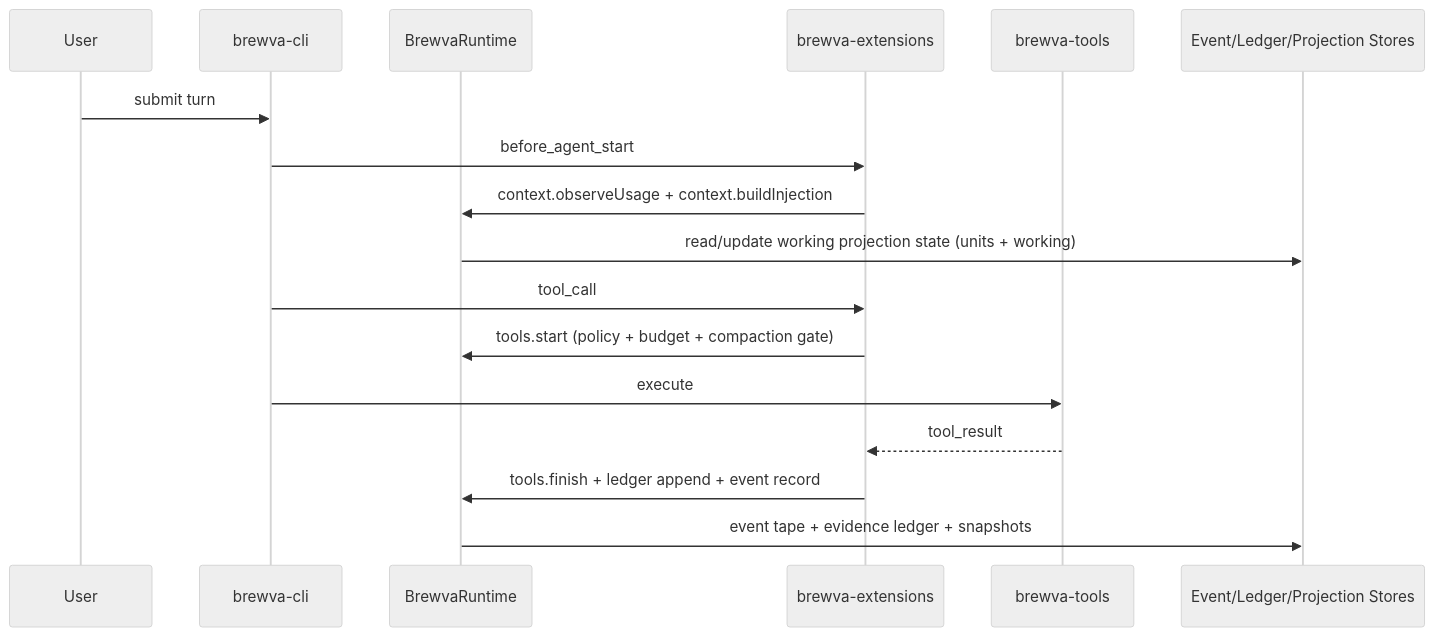
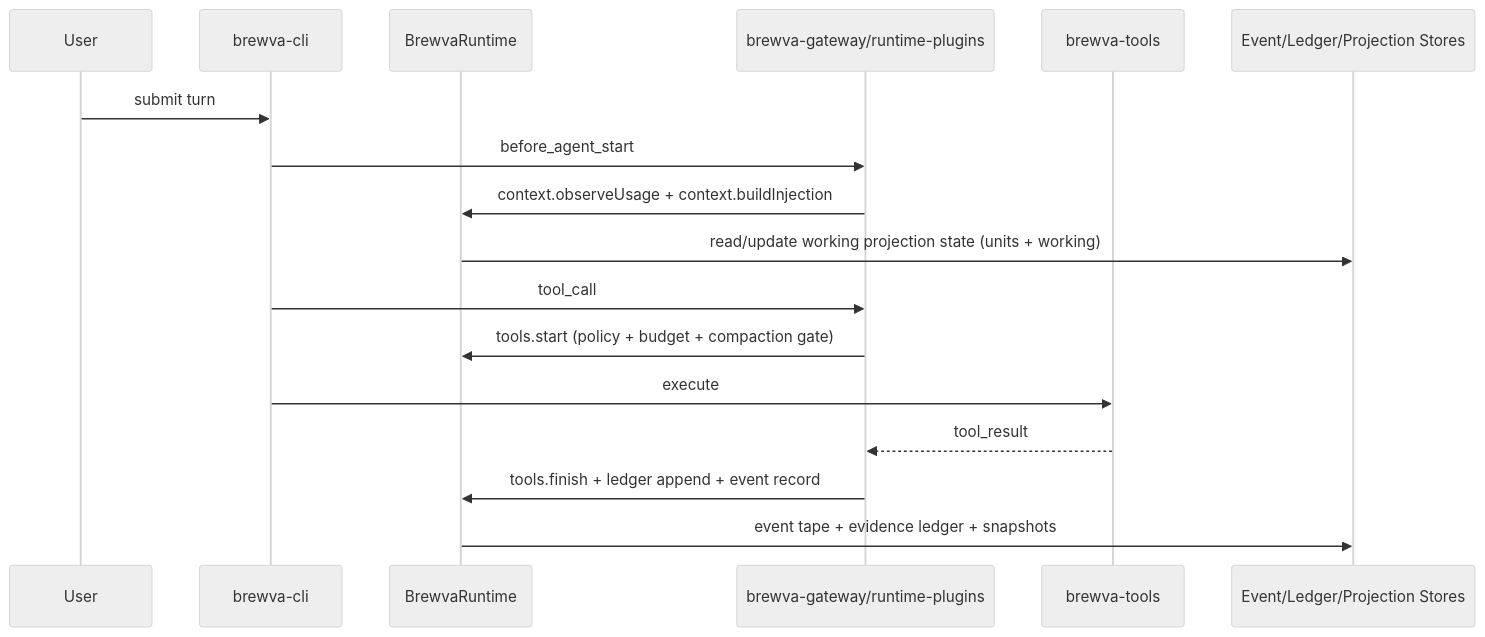
The first of 6 diagrams in docs/architecture/control-and-data-flow.md (arcthur/Brewva), drawn with Mermaid (neutral theme) before and after one commit. The commit also changed other lines of this file and 165 other files, not shown here.

````diff
--- a/docs/architecture/control-and-data-flow.md
+++ b/docs/architecture/control-and-data-flow.md
@@ -7,20 +7,20 @@
 ```mermaid
 sequenceDiagram
   participant U as User
   participant CLI as brewva-cli
   participant RT as BrewvaRuntime
-  participant EXT as brewva-extensions
+  participant EXT as brewva-gateway/runtime-plugins
   participant TOOLS as brewva-tools
   participant STORE as Event/Ledger/Projection Stores
 
   U->>CLI: submit turn
   CLI->>EXT: before_agent_start
   EXT->>RT: context.observeUsage + context.buildInjection
   RT->>STORE: read/update working projection state (units + working)
   CLI->>EXT: tool_call
   EXT->>RT: tools.start (policy + budget + compaction gate)
   CLI->>TOOLS: execute
   TOOLS-->>EXT: tool_result
   EXT->>RT: tools.finish + ledger append + event record
   RT->>STORE: event tape + evidence ledger + snapshots
 ```
````
